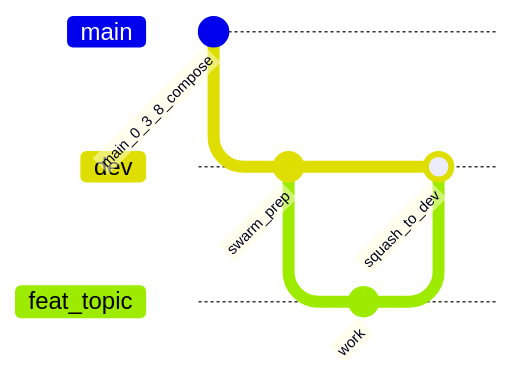
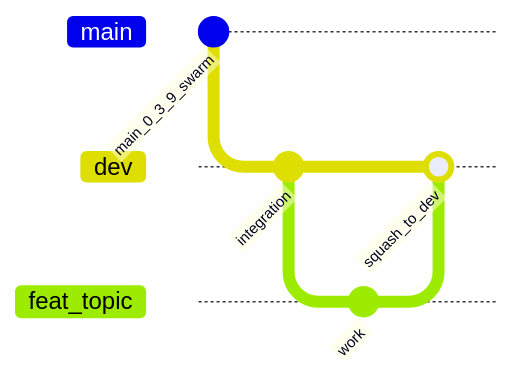
The diagram in .github/BRANCHING.md (ConsciousEnergy/lenr_sim_app), drawn with Mermaid before and after one commit. The commit also changed other lines of this file and 3 other files, not shown here.

````diff
--- a/.github/BRANCHING.md
+++ b/.github/BRANCHING.md
@@ -36,10 +38,10 @@
 ```mermaid
 gitGraph
-  commit id: "main_0_3_8_compose"
+  commit id: "main_0_3_9_swarm"
   branch dev
-  commit id: "swarm_prep"
+  commit id: "integration"
   branch feat_topic
   commit id: "work"
   checkout dev
   merge feat_topic id: "squash_to_dev"
 ```
````
